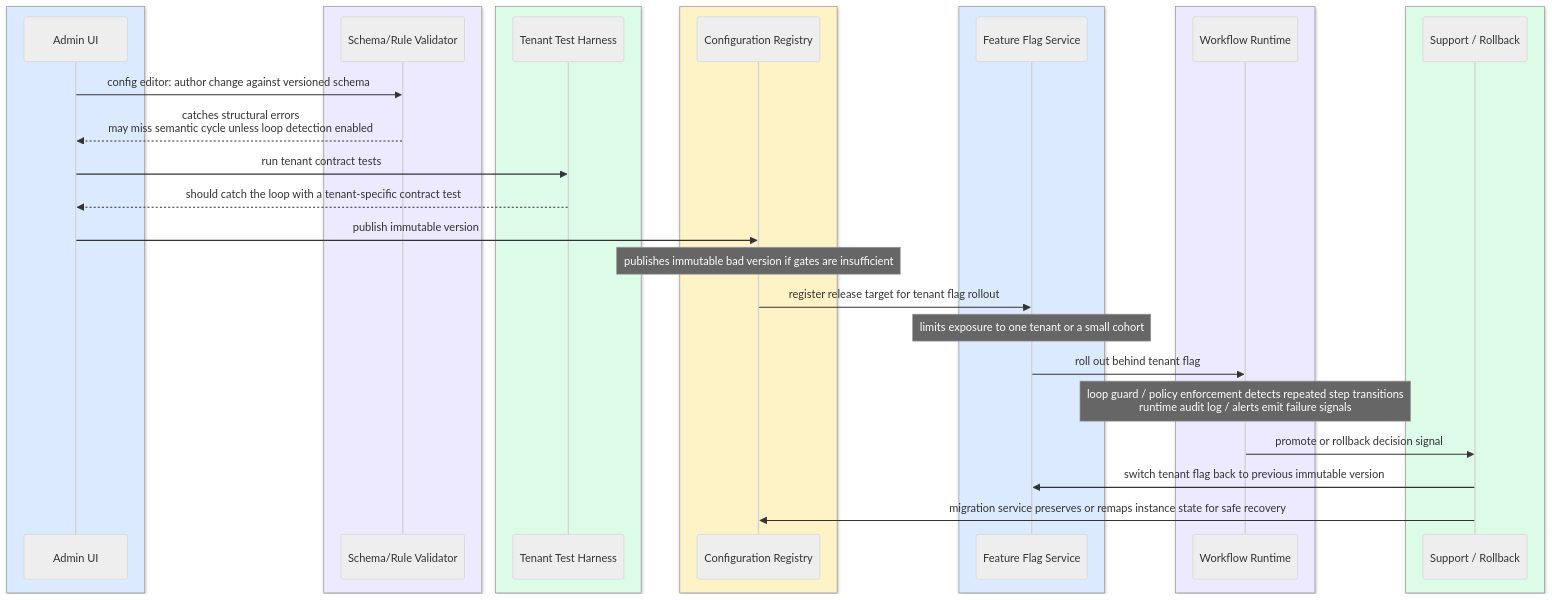
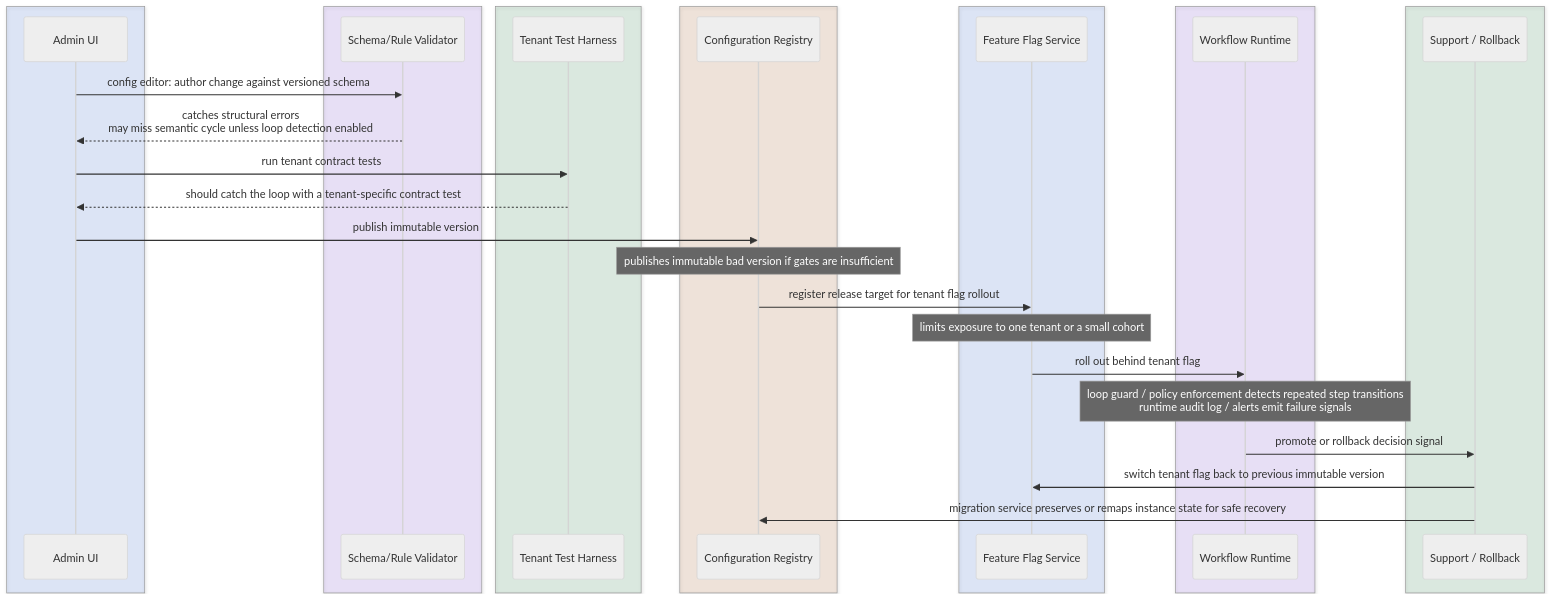
The second of 3 diagrams in 02_System_Design_Case_Studies/Standalone_Designs/25_Configurable_Platform_Customer_Workflows/3_Tutorial/25_Tutorial_Part_2.md (Sourav692/Forward-Deployed-Engineer-Interview-Prep), drawn with Mermaid (neutral theme) before and after one commit. The commit also changed 49 other files, not shown here.

Commit message:
fix: preserve sequence diagram contrast in both themes

````diff
--- a/02_System_Design_Case_Studies/Standalone_Designs/25_Configurable_Platform_Customer_Workflows/3_Tutorial/25_Tutorial_Part_2.md
+++ b/02_System_Design_Case_Studies/Standalone_Designs/25_Configurable_Platform_Customer_Workflows/3_Tutorial/25_Tutorial_Part_2.md
@@ -165,38 +165,38 @@
 ```mermaid
 sequenceDiagram
-  box rgb(219,234,254)
+  box rgba(37,99,235,0.12)
       participant AdminUI as Admin UI
   end
-  box rgb(237,233,254)
+  box rgba(124,58,237,0.12)
       participant Validator as Schema/Rule Validator
   end
-  box rgb(220,252,231)
+  box rgba(21,128,61,0.12)
       participant Harness as Tenant Test Harness
   end
-  box rgb(254,243,199)
+  box rgba(180,83,9,0.12)
       participant Registry as Configuration Registry
   end
-  box rgb(219,234,254)
+  box rgba(37,99,235,0.12)
       participant Flags as Feature Flag Service
   end
-  box rgb(237,233,254)
+  box rgba(124,58,237,0.12)
       participant Runtime as Workflow Runtime
   end
-  box rgb(220,252,231)
+  box rgba(21,128,61,0.12)
       participant Support as Support / Rollback
   end
 
   AdminUI->>Validator: config editor: author change against versioned schema
   Validator-->>AdminUI: catches structural errors<br/>may miss semantic cycle unless loop detection enabled
   AdminUI->>Harness: run tenant contract tests
   Harness-->>AdminUI: should catch the loop with a tenant-specific contract test
   AdminUI->>Registry: publish immutable version
   Note over Registry: publishes immutable bad version if gates are insufficient
   Registry->>Flags: register release target for tenant flag rollout
   Note over Flags: limits exposure to one tenant or a small cohort
   Flags->>Runtime: roll out behind tenant flag
   Note over Runtime: loop guard / policy enforcement detects repeated step transitions<br/>runtime audit log / alerts emit failure signals
   Runtime->>Support: promote or rollback decision signal
   Support->>Flags: switch tenant flag back to previous immutable version
   Support->>Registry: migration service preserves or remaps instance state for safe recovery
 ```
````
